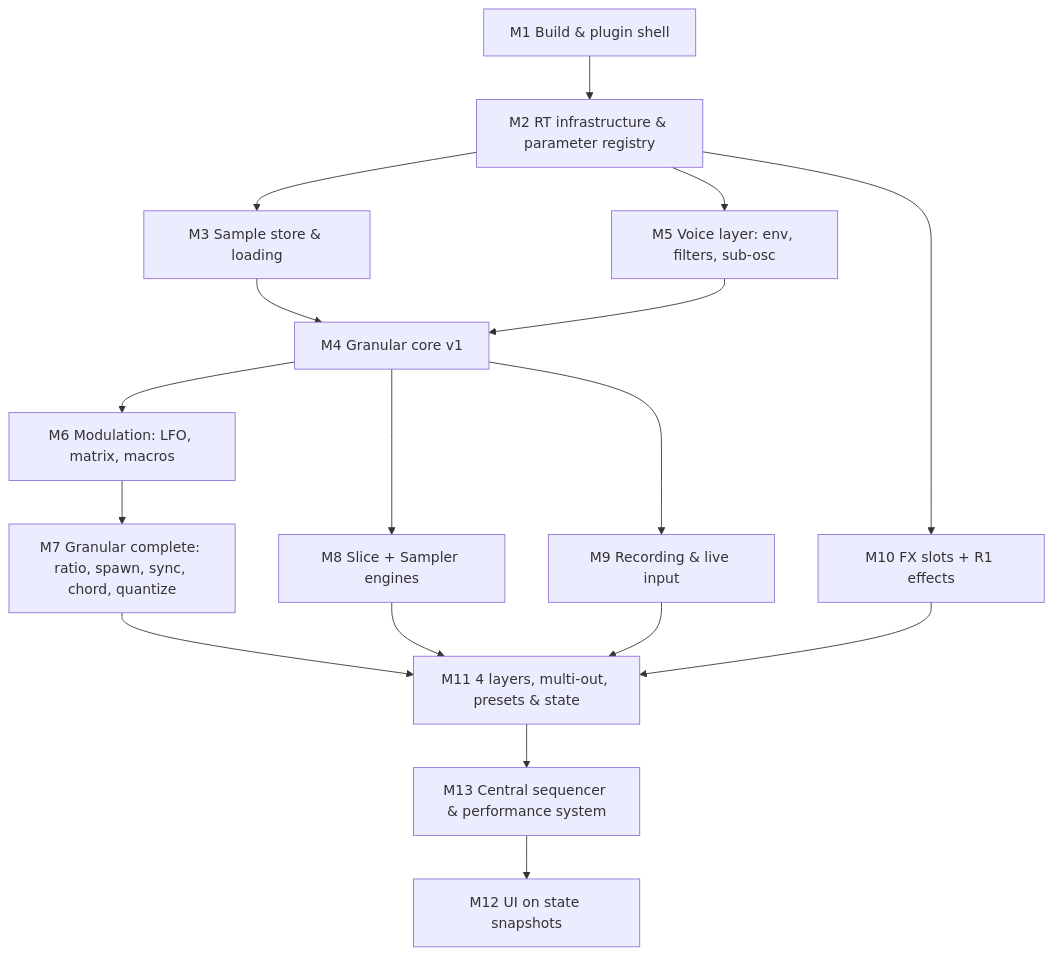
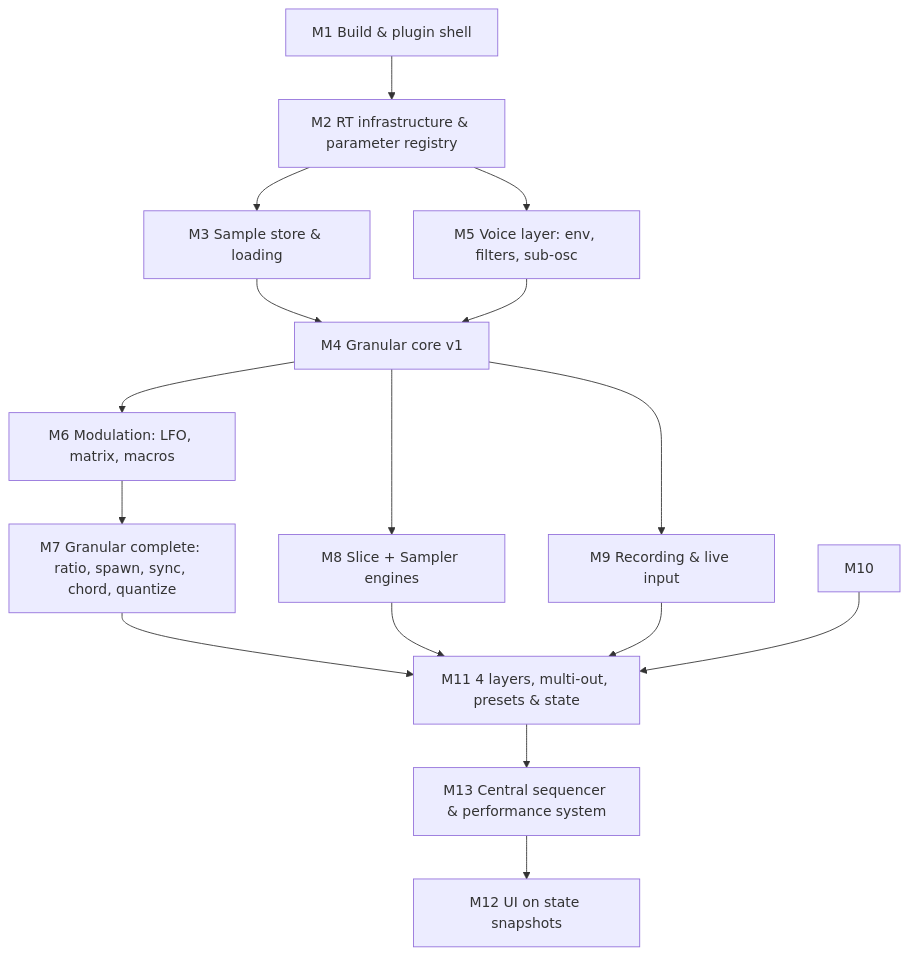
The second of 2 diagrams in docs/DEVELOPMENT_ROADMAP.md (marentz120/granular-synth), drawn with Mermaid before and after one commit. The commit also changed other lines of this file, not shown here.

Commit message:
Correct final FX milestone ordering in roadmap

````diff
--- a/docs/DEVELOPMENT_ROADMAP.md
+++ b/docs/DEVELOPMENT_ROADMAP.md
@@ -166,19 +166,18 @@
 ```mermaid
 flowchart TD
   M1[M1 Build & plugin shell] --> M2[M2 RT infrastructure & parameter registry]
   M2 --> M3[M3 Sample store & loading]
   M2 --> M5[M5 Voice layer: env, filters, sub-osc]
   M3 --> M4[M4 Granular core v1]
   M5 --> M4
   M4 --> M6[M6 Modulation: LFO, matrix, macros]
   M6 --> M7[M7 Granular complete: ratio, spawn, sync, chord, quantize]
   M4 --> M8[M8 Slice + Sampler engines]
   M4 --> M9[M9 Recording & live input]
-  M2 --> M10[M10 FX slots + R1 effects]
   M7 --> M11[M11 4 layers, multi-out, presets & state]
   M8 --> M11
   M9 --> M11
   M10 --> M11
   M11 --> M13[M13 Central sequencer & performance system]
   M13 --> M12[M12 UI on state snapshots]
 ```
````
